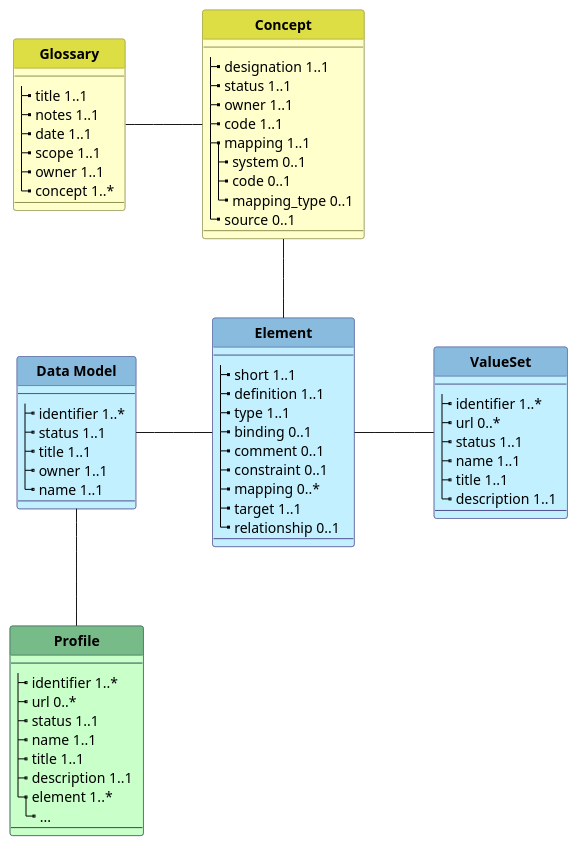
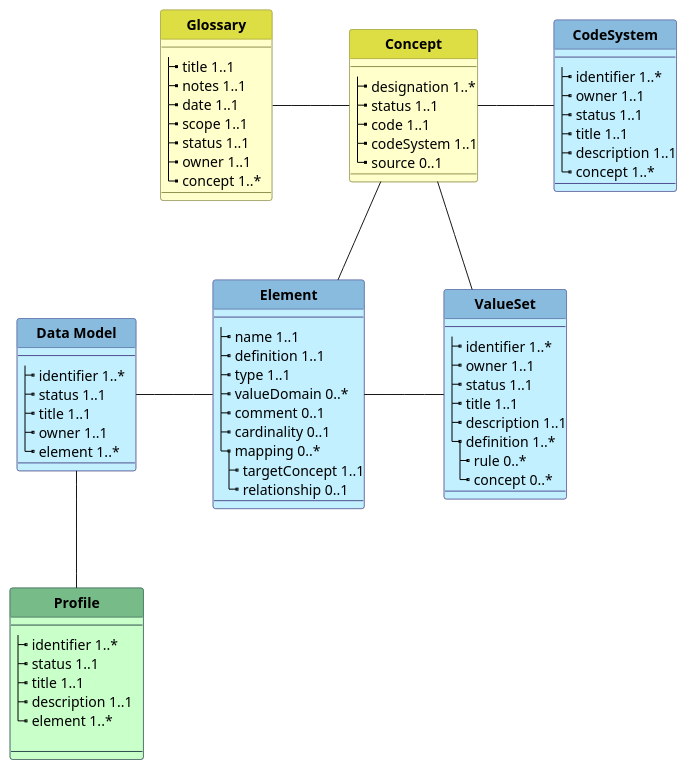
The diagram in input/images-source/metadata.plantuml (Xt-EHR/xt-ehr-metadata), drawn with PlantUML before and after one commit.

```diff
--- a/input/images-source/metadata.plantuml
+++ b/input/images-source/metadata.plantuml
@@ -1,116 +1,126 @@
 @startuml
+
 'skinparam linetype ortho
 skinparam linetype polyline
 hide circle
 hide stereotype
 
 '!pragma layout smetana
 
 skinparam class<<MD>> {
  BorderColor DarkSlateGray
  BackgroundColor TECHNOLOGY
  HeaderBackgroundColor #7b8
 }
 
 skinparam class<<BU>> {
  BorderColor #909050
  BackgroundColor BUSINESS
  HeaderBackgroundColor #dd4
 }
 
 skinparam class<<TM>> {
  BorderColor #505090
  BackgroundColor APPLICATION
  HeaderBackgroundColor #8bd
 }
 
 
 class "**Glossary**" as G<<BU>> {
   --
   |_ title 1..1
   |_ notes 1..1   
   |_ date 1..1
   |_ scope 1..1
+  |_ status 1..1
   |_ owner 1..1
   |_ concept 1..*   
   --
 }
 
 
 class "**Concept**" as C<<BU>> {
   --
-  |_ designation 1..1
+  |_ designation 1..*
   |_ status 1..1
-  |_ owner 1..1
-  |_ code 1..1
-  |_ mapping 1..1
-    |_ system 0..1
-    |_ code 0..1
-    |_ mapping_type 0..1   
+  |_ code 1..1 
+  |_ codeSystem 1..1
   |_ source 0..1    
   --
 }
 
 
 class "**Data Model**" as LM<<TM>> {
   --
   |_ identifier 1..*   
   |_ status 1..1
   |_ title 1..1
   |_ owner 1..1
-  |_ name 1..1
+  |_ element 1..*
   --
 }
 
 
 class "**Element**" as EL<<TM>> {
   --
-  |_ short 1..1
+  |_ name 1..1
   |_ definition 1..1
   |_ type 1..1
-  |_ binding 0..1
+  |_ valueDomain 0..*
   |_ comment 0..1
-  |_ constraint 0..1
+  |_ cardinality 0..1
   |_ mapping 0..*
-  |_ target 1..1
-  |_ relationship 0..1    
+    |_ targetConcept 1..1
+    |_ relationship 0..1    
   --
 }
 
 
 class "**ValueSet**" as VS<<TM>> {
   --
   |_ identifier 1..*   
-  |_ url 0..*   
+  |_ owner 1..1   
   |_ status 1..1
-  |_ name 1..1
+  |_ title 1..1
+  |_ description 1..1
+  |_ definition 1..*
+    |_ rule 0..*
+    |_ concept 0..*
+  --
+}
+
+
+class "**Profile**" as PR<<MD>> {
+  --
+  |_ identifier 1..*   
+  |_ status 1..1
   |_ title 1..1
   |_ description 1..1   
+  |_ element 1..*
+
+  --
+}
+
+
+class "**CodeSystem**" as CS<<TM>> {
+  --
+  |_ identifier 1..*   
+  |_ owner 1..1   
+  |_ status 1..1
+  |_ title 1..1
+  |_ description 1..1
+  |_ concept 1..*
   --
 }
 
 
 
-class "**Profile**" as PR<<MD>> {
-  --
-  |_ identifier 1..*   
-  |_ url 0..*   
-  |_ status 1..1
-  |_ name 1..1
-  |_ title 1..1
-  |_ description 1..1   
-  |_ element 1..*
-    |_ ...
-  --
-}
-
-
 G -r- C:  "            "  
-
+C -r- CS: "            "  
+VS -r- C: "            "  
 LM -r- EL:  "            "  
 C -d- EL:  "            "  
 EL-r- VS: "             "
-
 LM-d- PR: "      "
 
 @enduml
```
